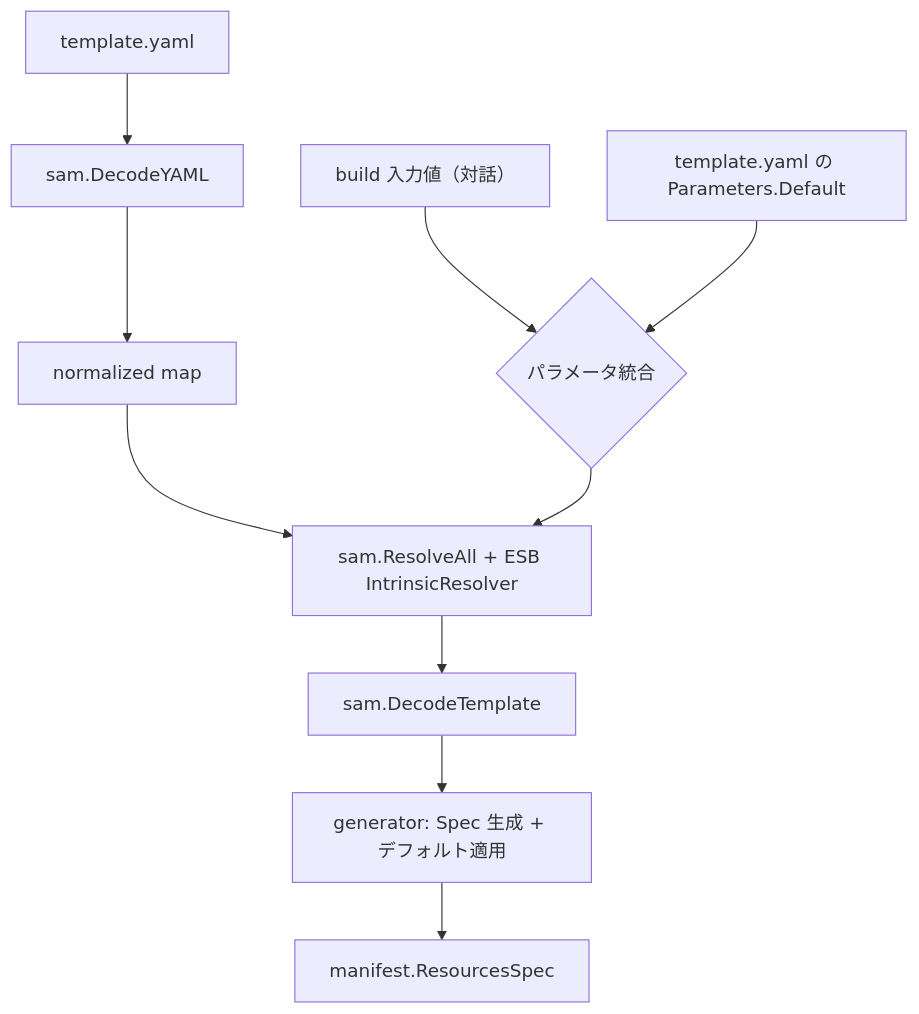
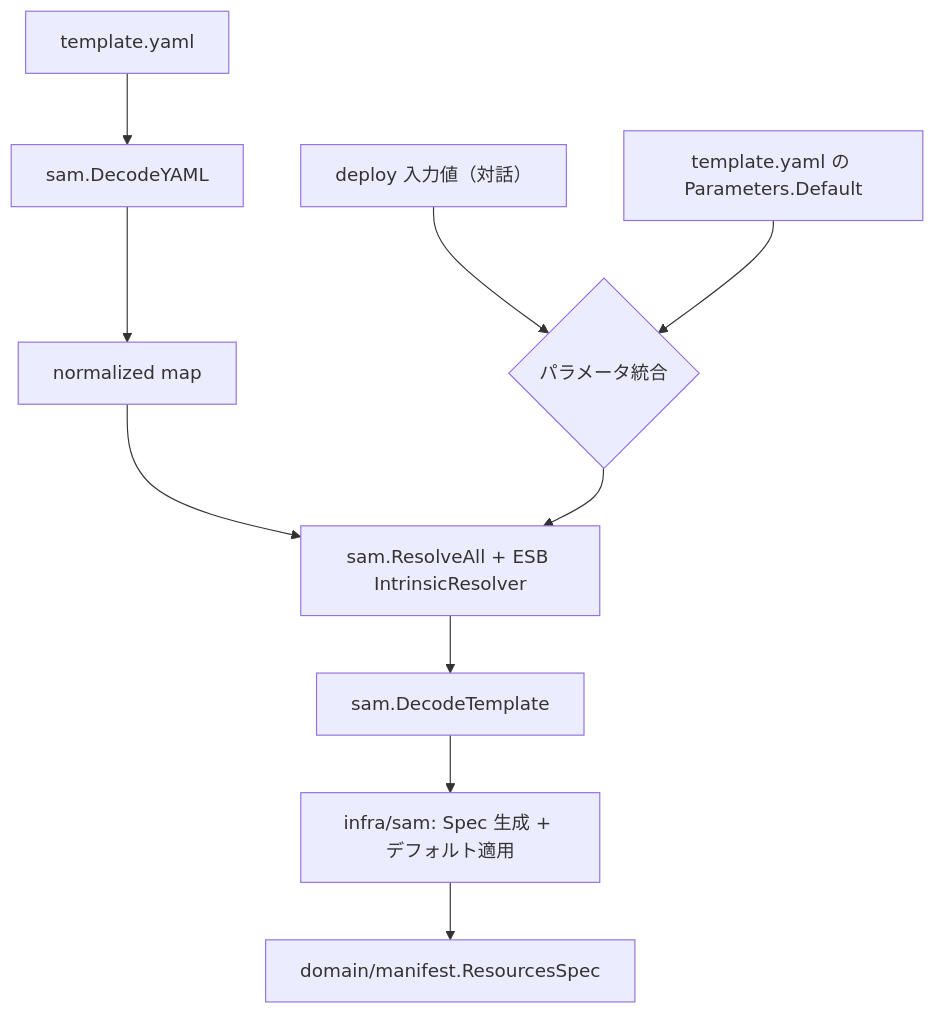
One commit to poruru-code/esb-cli changed the diagram in docs/sam-parsing-architecture.md. Above: the diagram before and after it, drawn with Mermaid. The commit also changed other lines of this file and 92 other files, not shown here.

````diff
--- a/docs/sam-parsing-architecture.md
+++ b/docs/sam-parsing-architecture.md
@@ -26,13 +27,13 @@
 ```mermaid
 graph TD
     A[template.yaml] --> B[sam.DecodeYAML]
     B --> C[normalized map]
     C --> D[sam.ResolveAll + ESB IntrinsicResolver]
     D --> E[sam.DecodeTemplate]
-    E --> F[generator: Spec 生成 + デフォルト適用]
-    F --> G[manifest.ResourcesSpec]
+    E --> F[infra/sam: Spec 生成 + デフォルト適用]
+    F --> G[domain/manifest.ResourcesSpec]
 
-    P1[build 入力値（対話）] --> P_MERGE{パラメータ統合}
+    P1[deploy 入力値（対話）] --> P_MERGE{パラメータ統合}
     P2[template.yaml の Parameters.Default] --> P_MERGE
     P_MERGE --> D
 ```
````
